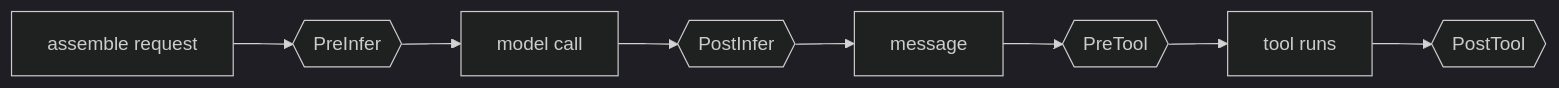
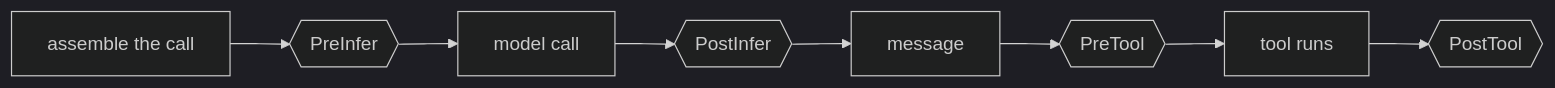
The fourth of 5 diagrams in docs/agent.md (genai-io/sdk-go), drawn with Mermaid (dark theme) before and after one commit. The commit also changed other lines of this file and 9 other files, not shown here.

````diff
--- a/docs/agent.md
+++ b/docs/agent.md
@@ -207,10 +207,10 @@
 ```mermaid
 flowchart LR
-    A[assemble request] --> B{{PreInfer}}
+    A[assemble the call] --> B{{PreInfer}}
     B --> C[model call]
     C --> D{{PostInfer}}
     D --> E[message]
     E --> F{{PreTool}}
     F --> G[tool runs]
     G --> H{{PostTool}}
 ```
````
